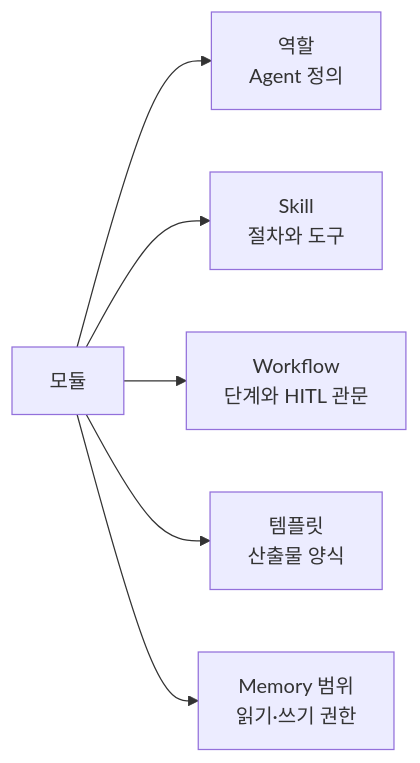
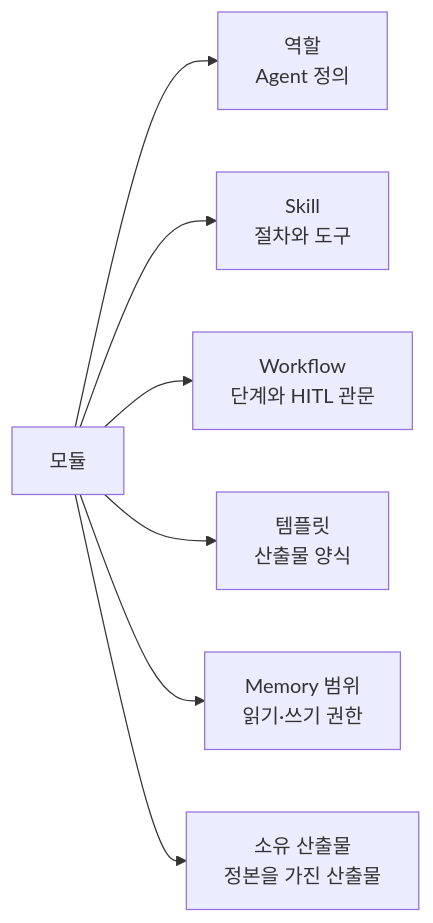
Before and after one commit to ysjee141/flywheel: the third of 13 diagrams in plan-draft.md, drawn with Mermaid. The commit also changed other lines of this file and 1 other file, not shown here.

````diff
--- a/plan-draft.md
+++ b/plan-draft.md
@@ -156,8 +157,9 @@
 ```mermaid
 flowchart LR
   M[모듈] --> R[역할<br/>Agent 정의]
   M --> S[Skill<br/>절차와 도구]
   M --> W[Workflow<br/>단계와 HITL 관문]
   M --> T[템플릿<br/>산출물 양식]
   M --> K[Memory 범위<br/>읽기·쓰기 권한]
+  M --> O[소유 산출물<br/>정본을 가진 산출물]
 ```
````
